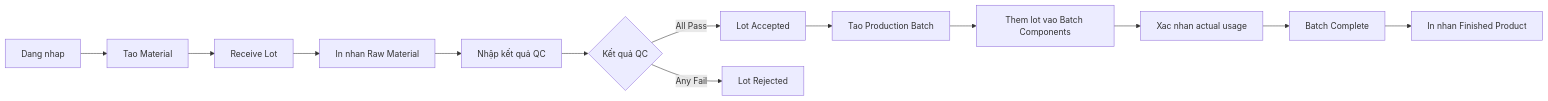
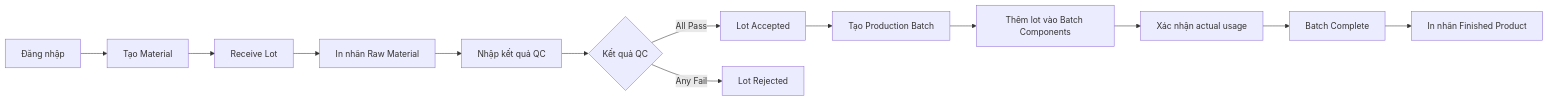
Before and after one commit to nqdoan22/project-se: the diagram in 01_Documents/03_Prototype.md, drawn with Mermaid. The commit also changed other lines of this file and 3 other files, not shown here.

````diff
--- a/01_Documents/03_Prototype.md
+++ b/01_Documents/03_Prototype.md
@@ -18,15 +18,15 @@
 ```mermaid
 flowchart LR
-  A[Dang nhap] --> B[Tao Material]
+  A[Đăng nhập] --> B[Tạo Material]
   B --> C[Receive Lot]
-  C --> D[In nhan Raw Material]
+  C --> D[In nhãn Raw Material]
   D --> E[Nhập kết quả QC]
   E --> F{Kết quả QC}
   F -->|All Pass| G[Lot Accepted]
   F -->|Any Fail| H[Lot Rejected]
-  G --> I[Tao Production Batch]
-  I --> J[Them lot vao Batch Components]
-  J --> K[Xac nhan actual usage]
+  G --> I[Tạo Production Batch]
+  I --> J[Thêm lot vào Batch Components]
+  J --> K[Xác nhận actual usage]
   K --> L[Batch Complete]
-  L --> M[In nhan Finished Product]
+  L --> M[In nhãn Finished Product]
 ```
````
